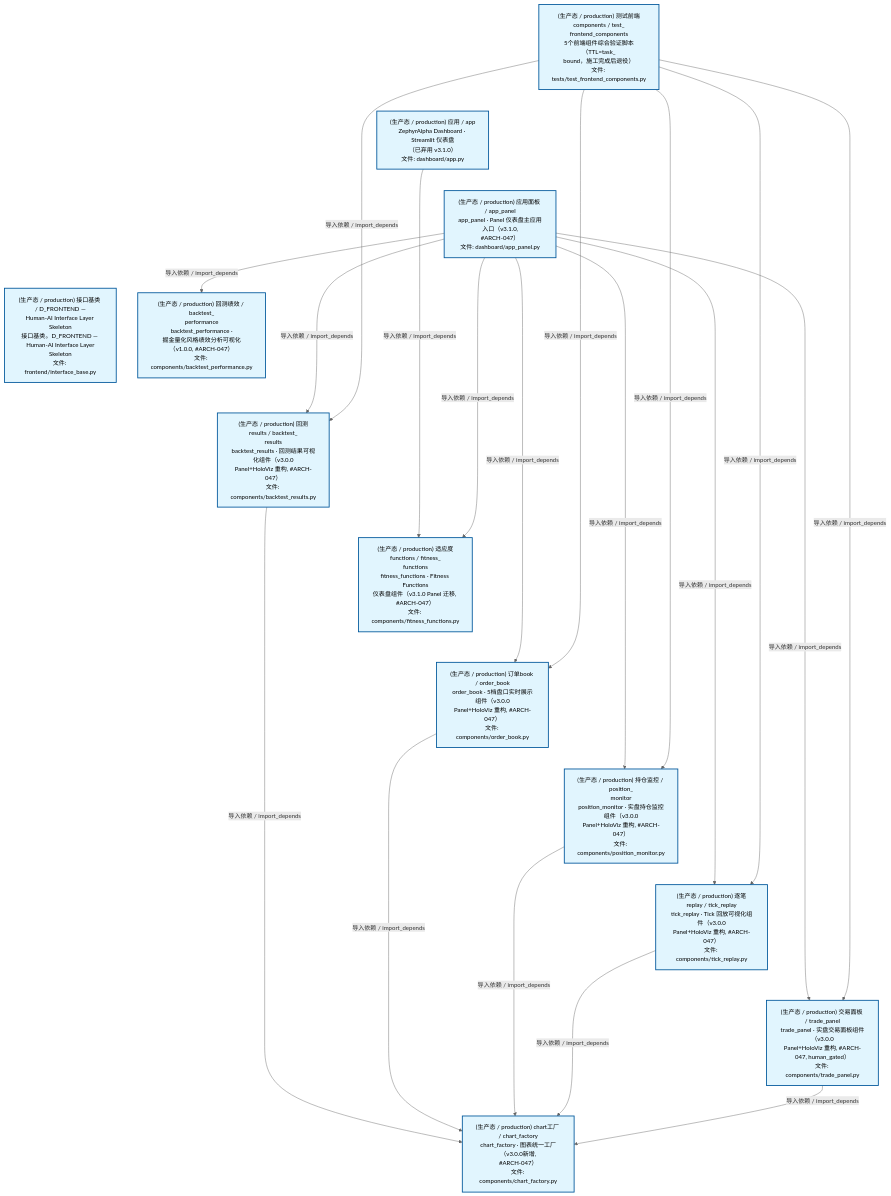
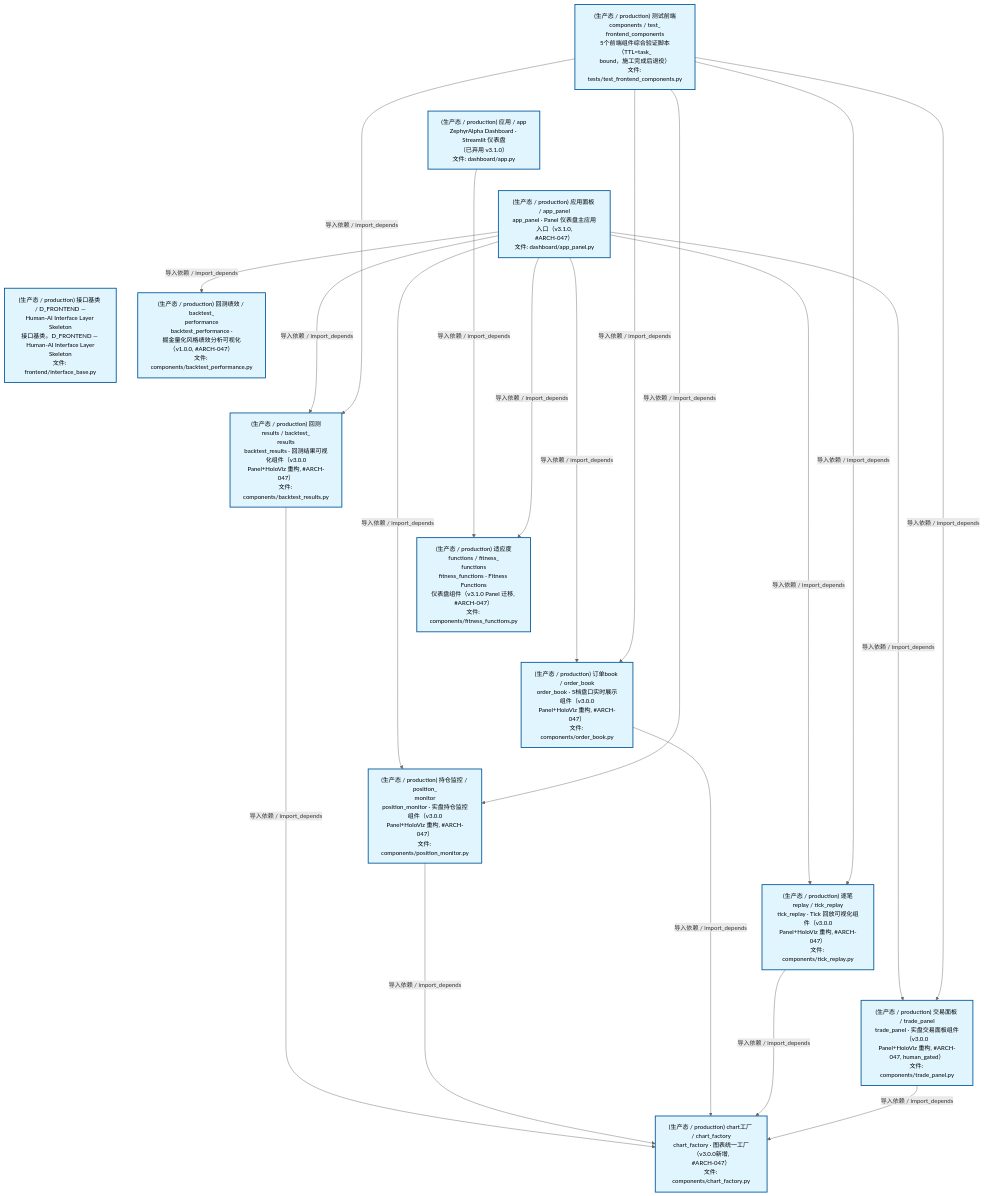
Before and after one commit to xuanFelixVan/ZephyrAlpha: the second of 4 diagrams in docs/02_enterprise_architecture/02_domain_architecture_docs/47_d_frontend.md, drawn with Mermaid. The commit also changed other lines of this file and 38 other files, not shown here.

````diff
--- a/docs/02_enterprise_architecture/02_domain_architecture_docs/47_d_frontend.md
+++ b/docs/02_enterprise_architecture/02_domain_architecture_docs/47_d_frontend.md
@@ -124,48 +124,48 @@
 ```mermaid
 %%{init: {'theme': 'base', 'themeVariables': {'primaryColor': '#eaeaea', 'primaryTextColor': '#333333', 'primaryBorderColor': '#666666', 'lineColor': '#666666', 'secondaryColor': '#eaeaea', 'tertiaryColor': '#eaeaea', 'fontSize': '14px'}}}%%
 flowchart TD
     scripts_tests_test_frontend_components_py["(生产态 / production) 测试前端components / test_<br/>frontend_components<br/>5个前端组件综合验证脚本（TTL=task_<br/>bound，施工完成后退役）<br/>文件: tests/test_frontend_components.py"]
     src_zephyr_frontend_dashboard_app_py["(生产态 / production) 应用 / app<br/>ZephyrAlpha Dashboard · Streamlit 仪表盘<br/>（已弃用 v3.1.0）<br/>文件: dashboard/app.py"]
     src_zephyr_frontend_dashboard_app_panel_py["(生产态 / production) 应用面板 / app_panel<br/>app_panel · Panel 仪表盘主应用入口（v3.1.0,<br/>#ARCH-047）<br/>文件: dashboard/app_panel.py"]
     src_zephyr_frontend_interface_base_py["(生产态 / production) 接口基类 / D_FRONTEND —<br/>Human-AI Interface Layer Skeleton<br/>接口基类。D_FRONTEND — Human-AI Interface Layer<br/>Skeleton<br/>文件: frontend/interface_base.py"]
     scripts_tests_test_frontend_components_py ~~~ src_zephyr_frontend_dashboard_app_py
     src_zephyr_frontend_dashboard_app_py ~~~ src_zephyr_frontend_dashboard_app_panel_py
     src_zephyr_frontend_dashboard_app_panel_py ~~~ src_zephyr_frontend_interface_base_py
     src_zephyr_frontend_dashboard_components_backtest_performance_py["(生产态 / production) 回测绩效 / backtest_<br/>performance<br/>backtest_performance ·<br/>掘金量化风格绩效分析可视化（v1.0.0, #ARCH-047）<br/>文件: components/backtest_performance.py"]
     src_zephyr_frontend_dashboard_components_backtest_results_py["(生产态 / production) 回测results / backtest_<br/>results<br/>backtest_results · 回测结果可视化组件（v3.0.0<br/>Panel+HoloViz 重构, #ARCH-047）<br/>文件: components/backtest_results.py"]
     src_zephyr_frontend_dashboard_components_fitness_functions_py["(生产态 / production) 适应度functions / fitness_<br/>functions<br/>fitness_functions · Fitness Functions<br/>仪表盘组件（v3.1.0 Panel 迁移, #ARCH-047）<br/>文件: components/fitness_functions.py"]
     src_zephyr_frontend_dashboard_components_order_book_py["(生产态 / production) 订单book / order_book<br/>order_book · 5档盘口实时展示组件（v3.0.0<br/>Panel+HoloViz 重构, #ARCH-047）<br/>文件: components/order_book.py"]
     src_zephyr_frontend_dashboard_components_position_monitor_py["(生产态 / production) 持仓监控 / position_<br/>monitor<br/>position_monitor · 实盘持仓监控组件（v3.0.0<br/>Panel+HoloViz 重构, #ARCH-047）<br/>文件: components/position_monitor.py"]
     src_zephyr_frontend_dashboard_components_tick_replay_py["(生产态 / production) 逐笔replay / tick_replay<br/>tick_replay · Tick 回放可视化组件（v3.0.0<br/>Panel+HoloViz 重构, #ARCH-047）<br/>文件: components/tick_replay.py"]
     src_zephyr_frontend_dashboard_components_trade_panel_py["(生产态 / production) 交易面板 / trade_panel<br/>trade_panel · 实盘交易面板组件（v3.0.0<br/>Panel+HoloViz 重构, #ARCH-047, human_gated）<br/>文件: components/trade_panel.py"]
     src_zephyr_frontend_dashboard_components_backtest_performance_py ~~~ src_zephyr_frontend_dashboard_components_backtest_results_py
     src_zephyr_frontend_dashboard_components_backtest_results_py ~~~ src_zephyr_frontend_dashboard_components_fitness_functions_py
     src_zephyr_frontend_dashboard_components_fitness_functions_py ~~~ src_zephyr_frontend_dashboard_components_order_book_py
     src_zephyr_frontend_dashboard_components_order_book_py ~~~ src_zephyr_frontend_dashboard_components_position_monitor_py
     src_zephyr_frontend_dashboard_components_position_monitor_py ~~~ src_zephyr_frontend_dashboard_components_tick_replay_py
     src_zephyr_frontend_dashboard_components_tick_replay_py ~~~ src_zephyr_frontend_dashboard_components_trade_panel_py
     src_zephyr_frontend_dashboard_components_chart_factory_py["(生产态 / production) chart工厂 / chart_factory<br/>chart_factory · 图表统一工厂（v3.0.0新增,<br/>#ARCH-047）<br/>文件: components/chart_factory.py"]
     src_zephyr_frontend_dashboard_app_py -->|导入依赖 / import_depends| src_zephyr_frontend_dashboard_components_fitness_functions_py
-    src_zephyr_frontend_dashboard_components_backtest_results_py -->|导入依赖 / import_depends| src_zephyr_frontend_dashboard_components_chart_factory_py
+    src_zephyr_frontend_dashboard_app_panel_py -->|导入依赖 / import_depends| src_zephyr_frontend_dashboard_components_backtest_performance_py
     src_zephyr_frontend_dashboard_app_panel_py -->|导入依赖 / import_depends| src_zephyr_frontend_dashboard_components_backtest_results_py
-    src_zephyr_frontend_dashboard_app_panel_py -->|导入依赖 / import_depends| src_zephyr_frontend_dashboard_components_backtest_performance_py
-    src_zephyr_frontend_dashboard_app_panel_py -->|导入依赖 / import_depends| src_zephyr_frontend_dashboard_components_order_book_py
     src_zephyr_frontend_dashboard_app_panel_py -->|导入依赖 / import_depends| src_zephyr_frontend_dashboard_components_fitness_functions_py
     src_zephyr_frontend_dashboard_app_panel_py -->|导入依赖 / import_depends| src_zephyr_frontend_dashboard_components_position_monitor_py
+    src_zephyr_frontend_dashboard_app_panel_py -->|导入依赖 / import_depends| src_zephyr_frontend_dashboard_components_order_book_py
     src_zephyr_frontend_dashboard_app_panel_py -->|导入依赖 / import_depends| src_zephyr_frontend_dashboard_components_tick_replay_py
     src_zephyr_frontend_dashboard_app_panel_py -->|导入依赖 / import_depends| src_zephyr_frontend_dashboard_components_trade_panel_py
+    src_zephyr_frontend_dashboard_components_backtest_results_py -->|导入依赖 / import_depends| src_zephyr_frontend_dashboard_components_chart_factory_py
+    src_zephyr_frontend_dashboard_components_position_monitor_py -->|导入依赖 / import_depends| src_zephyr_frontend_dashboard_components_chart_factory_py
     src_zephyr_frontend_dashboard_components_order_book_py -->|导入依赖 / import_depends| src_zephyr_frontend_dashboard_components_chart_factory_py
-    src_zephyr_frontend_dashboard_components_position_monitor_py -->|导入依赖 / import_depends| src_zephyr_frontend_dashboard_components_chart_factory_py
     src_zephyr_frontend_dashboard_components_tick_replay_py -->|导入依赖 / import_depends| src_zephyr_frontend_dashboard_components_chart_factory_py
     src_zephyr_frontend_dashboard_components_trade_panel_py -->|导入依赖 / import_depends| src_zephyr_frontend_dashboard_components_chart_factory_py
     scripts_tests_test_frontend_components_py -->|导入依赖 / import_depends| src_zephyr_frontend_dashboard_components_backtest_results_py
+    scripts_tests_test_frontend_components_py -->|导入依赖 / import_depends| src_zephyr_frontend_dashboard_components_position_monitor_py
     scripts_tests_test_frontend_components_py -->|导入依赖 / import_depends| src_zephyr_frontend_dashboard_components_order_book_py
-    scripts_tests_test_frontend_components_py -->|导入依赖 / import_depends| src_zephyr_frontend_dashboard_components_position_monitor_py
     scripts_tests_test_frontend_components_py -->|导入依赖 / import_depends| src_zephyr_frontend_dashboard_components_tick_replay_py
     scripts_tests_test_frontend_components_py -->|导入依赖 / import_depends| src_zephyr_frontend_dashboard_components_trade_panel_py
     classDef production fill:#e1f5fe,stroke:#01579b,stroke-width:2px,color:#000
     classDef design fill:#fff3e0,stroke:#e65100,stroke-width:2px,color:#000,stroke-dasharray: 5 5
     classDef external_prod fill:#e8f4fd,stroke:#0277bd,stroke-width:1px,color:#000
     classDef external_design fill:#fff8e7,stroke:#ef6c00,stroke-width:1px,color:#000,stroke-dasharray: 5 5
     class scripts_tests_test_frontend_components_py,src_zephyr_frontend_dashboard_app_py,src_zephyr_frontend_dashboard_app_panel_py,src_zephyr_frontend_dashboard_components_backtest_performance_py,src_zephyr_frontend_dashboard_components_backtest_results_py,src_zephyr_frontend_dashboard_components_chart_factory_py,src_zephyr_frontend_dashboard_components_fitness_functions_py,src_zephyr_frontend_dashboard_components_order_book_py,src_zephyr_frontend_dashboard_components_position_monitor_py,src_zephyr_frontend_dashboard_components_tick_replay_py,src_zephyr_frontend_dashboard_components_trade_panel_py,src_zephyr_frontend_interface_base_py production
 ```
````
